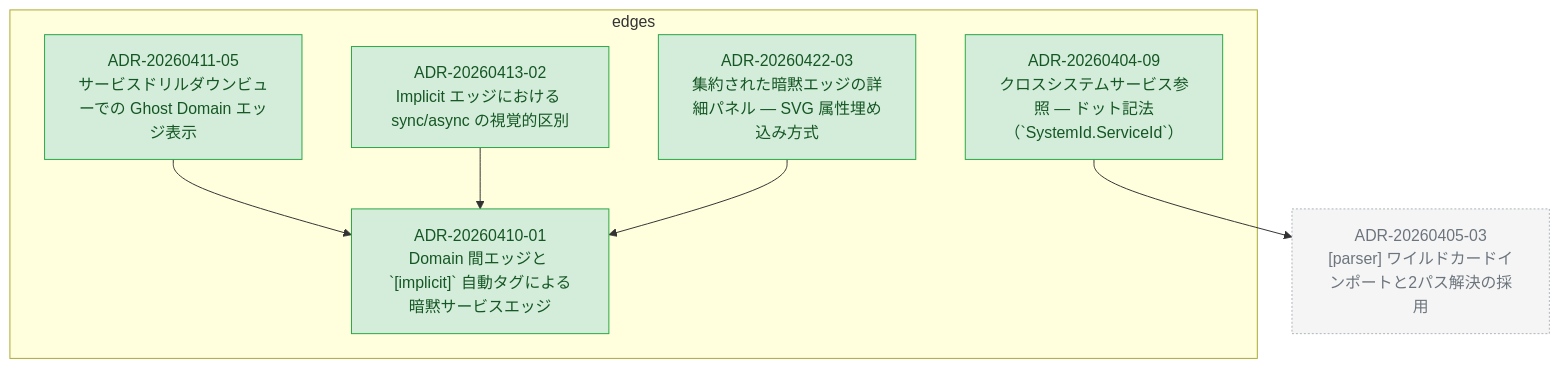
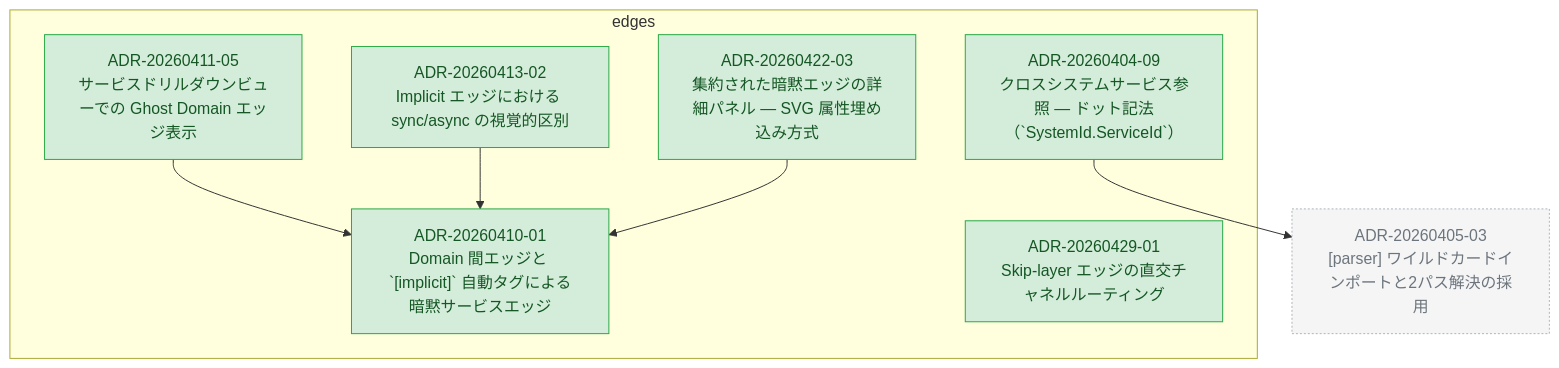
Before and after one commit to kompiro/karasu: the diagram in docs/adr/graph/edges.md, drawn with Mermaid. The commit also changed other lines of this file and 5 other files, not shown here.

````diff
--- a/docs/adr/graph/edges.md
+++ b/docs/adr/graph/edges.md
@@ -6,28 +6,30 @@
 ```mermaid
 flowchart TD
   subgraph edges["edges"]
     ADR_20260404_09["ADR-20260404-09<br/>クロスシステムサービス参照 — ドット記法（`SystemId.ServiceId`）"]
     ADR_20260410_01["ADR-20260410-01<br/>Domain 間エッジと `[implicit]` 自動タグによる暗黙サービスエッジ"]
     ADR_20260411_05["ADR-20260411-05<br/>サービスドリルダウンビューでの Ghost Domain エッジ表示"]
     ADR_20260413_02["ADR-20260413-02<br/>Implicit エッジにおける sync/async の視覚的区別"]
     ADR_20260422_03["ADR-20260422-03<br/>集約された暗黙エッジの詳細パネル — SVG 属性埋め込み方式"]
+    ADR_20260429_01["ADR-20260429-01<br/>Skip-layer エッジの直交チャネルルーティング"]
   end
   ADR_20260405_03["ADR-20260405-03<br/>[parser] ワイルドカードインポートと2パス解決の採用"]
   ADR_20260404_09 --> ADR_20260405_03
   ADR_20260411_05 --> ADR_20260410_01
   ADR_20260413_02 --> ADR_20260410_01
   ADR_20260422_03 --> ADR_20260410_01
 
   classDef accepted fill:#d4edda,stroke:#28a745,color:#155724
   classDef proposed fill:#fff3cd,stroke:#ffc107,color:#856404
   classDef deprecated fill:#f8d7da,stroke:#dc3545,color:#721c24
   classDef superseded fill:#e2e3e5,stroke:#6c757d,color:#383d41
   classDef not_adopted fill:#e2e3e5,stroke:#6c757d,color:#383d41,stroke-dasharray:3 3
   classDef ghost fill:#f5f5f5,stroke:#adb5bd,color:#6c757d,stroke-dasharray:2 2
   class ADR_20260404_09 accepted
   class ADR_20260410_01 accepted
   class ADR_20260411_05 accepted
   class ADR_20260413_02 accepted
   class ADR_20260422_03 accepted
+  class ADR_20260429_01 accepted
   class ADR_20260405_03 ghost
 ```
````
